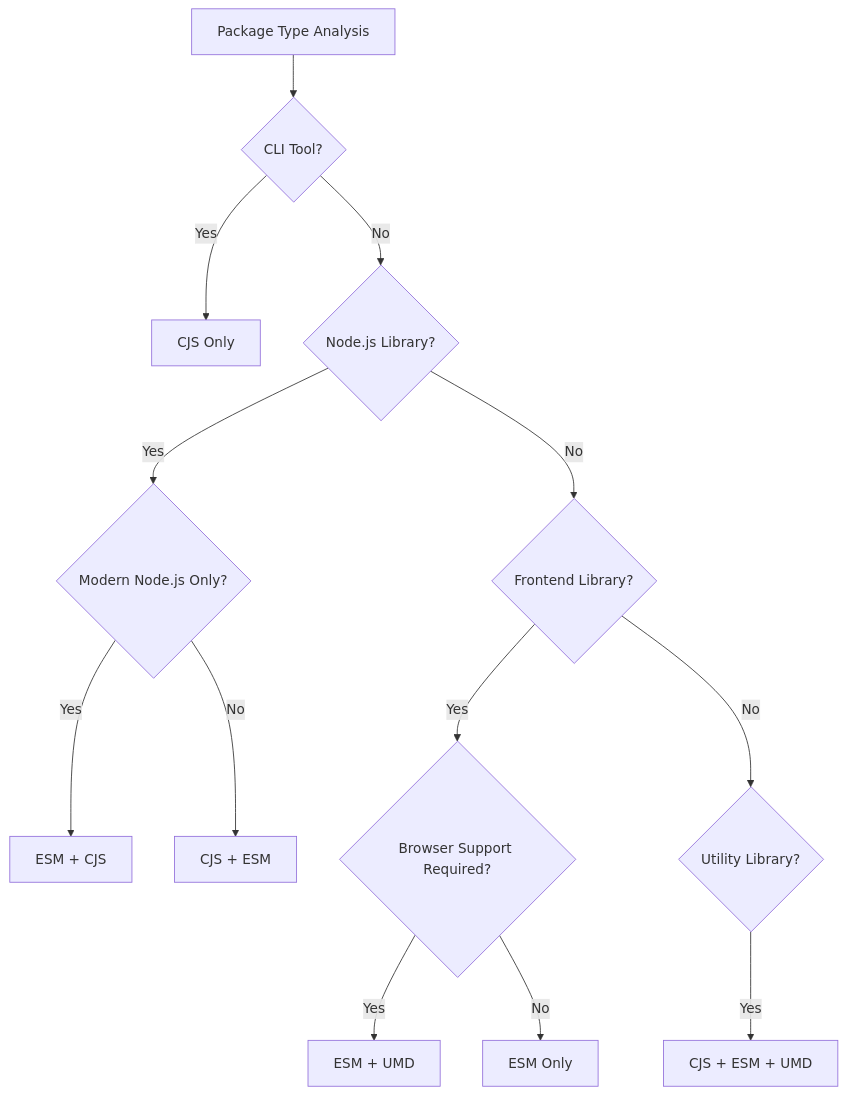
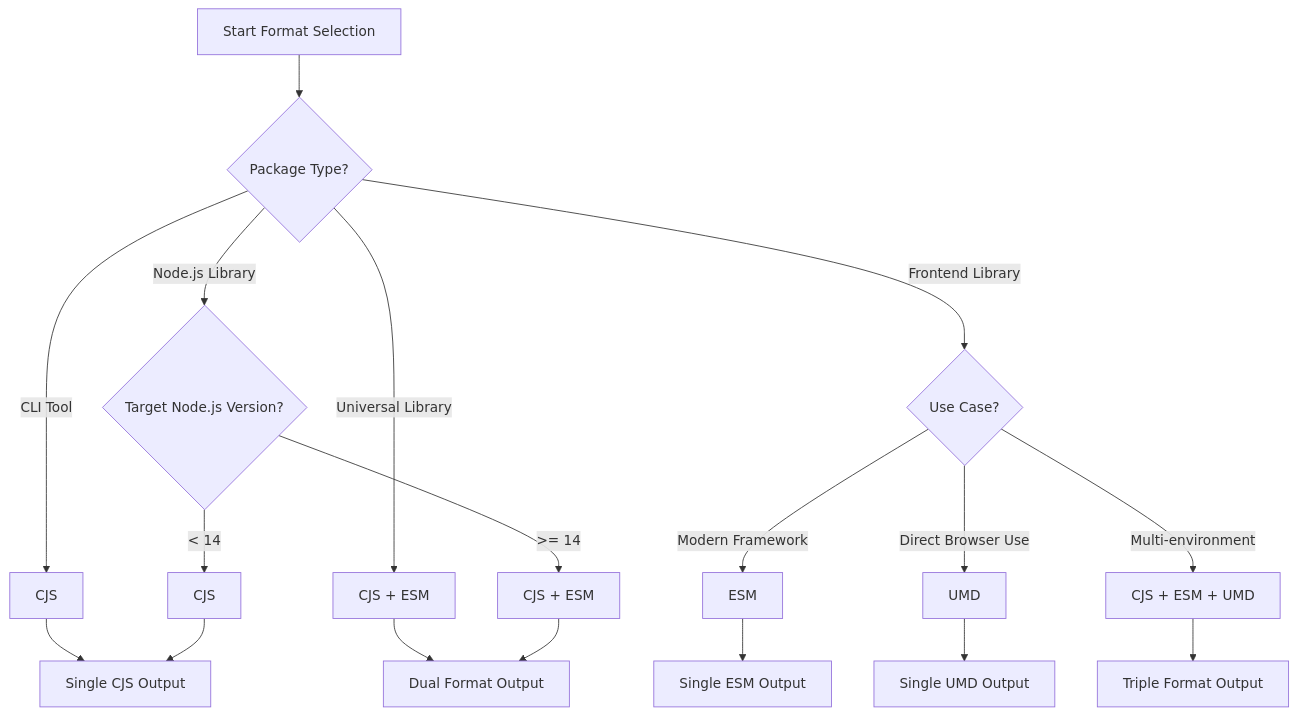
One commit to qlover/fe-base changed the diagram in docs/en/builder-guide/build-formats-config.md. Above: the diagram before and after it, drawn with Mermaid. The commit also changed other lines of this file and 21 other files, not shown here.

````diff
--- a/docs/en/builder-guide/build-formats-config.md
+++ b/docs/en/builder-guide/build-formats-config.md
@@ -124,18 +184,25 @@
 ```mermaid
 flowchart TD
-    A[Package Type Analysis] --> B{CLI Tool?}
-    B -->|Yes| C[CJS Only]
-    B -->|No| D{Node.js Library?}
-    
-    D -->|Yes| E{Modern Node.js Only?}
-    E -->|Yes| F[ESM + CJS]
-    E -->|No| G[CJS + ESM]
-    
-    D -->|No| H{Frontend Library?}
-    H -->|Yes| I{Browser Support Required?}
-    I -->|Yes| J[ESM + UMD]
-    I -->|No| K[ESM Only]
-    
-    H -->|No| L{Utility Library?}
-    L -->|Yes| M[CJS + ESM + UMD]
+    A[Start Format Selection] --> B{Package Type?}
+
+    B -->|CLI Tool| C[CJS]
+    B -->|Node.js Library| D{Target Node.js Version?}
+    B -->|Frontend Library| E{Use Case?}
+    B -->|Universal Library| F[CJS + ESM]
+
+    D -->|< 14| G[CJS]
+    D -->|>= 14| H[CJS + ESM]
+
+    E -->|Modern Framework| I[ESM]
+    E -->|Direct Browser Use| J[UMD]
+    E -->|Multi-environment| K[CJS + ESM + UMD]
+
+    C --> L[Single CJS Output]
+    G --> L
+    I --> M[Single ESM Output]
+    J --> N[Single UMD Output]
+
+    F --> O[Dual Format Output]
+    H --> O
+    K --> P[Triple Format Output]
 ```
````
